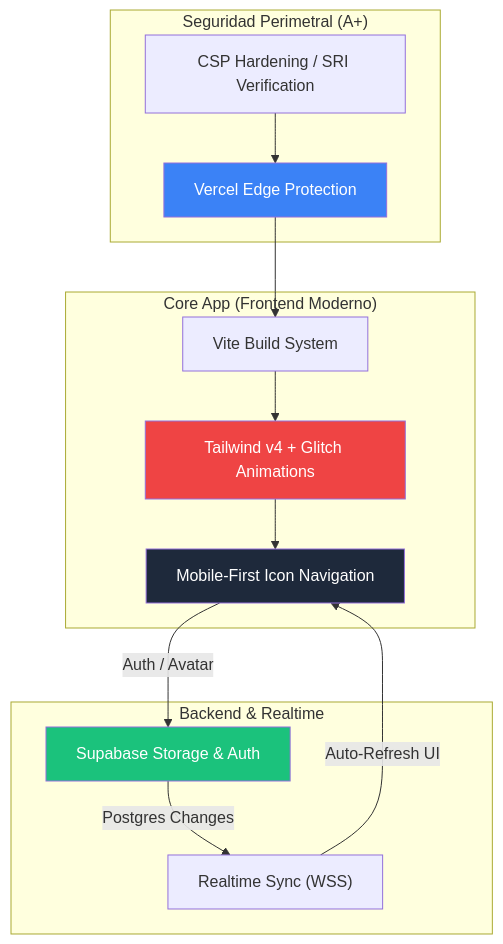
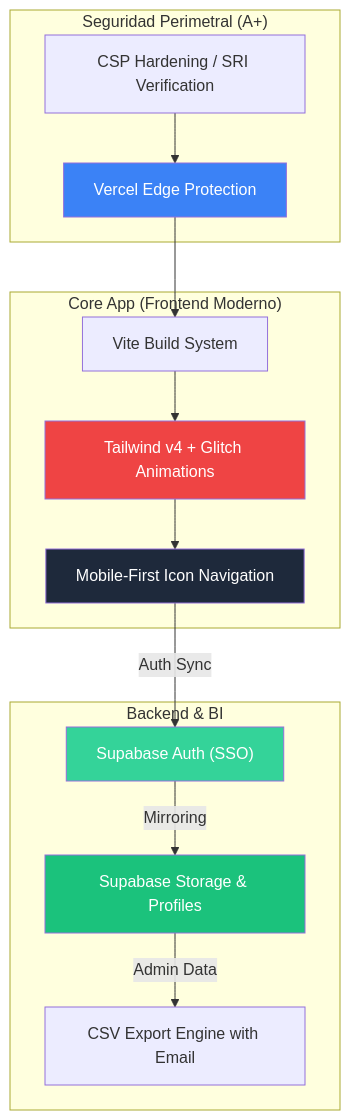
The diagram in reporte_tecnico.md (asterion30/prode-2026), drawn with Mermaid before and after one commit. The commit also changed other lines of this file and 1 other file, not shown here.

````diff
--- a/reporte_tecnico.md
+++ b/reporte_tecnico.md
@@ -43,30 +46,32 @@
 ```mermaid
 graph TD
     subgraph "Seguridad Perimetral (A+)"
         CSP["CSP Hardening / SRI Verification"]
         WAF["Vercel Edge Protection"]
     end
 
     subgraph "Core App (Frontend Moderno)"
         Vite["Vite Build System"]
         Design["Tailwind v4 + Glitch Animations"]
         Mobile["Mobile-First Icon Navigation"]
     end
 
-    subgraph "Backend & Realtime"
-        DB["Supabase Storage & Auth"]
-        WS["Realtime Sync (WSS)"]
+    subgraph "Backend & BI"
+        DB["Supabase Storage & Profiles"]
+        Auth["Supabase Auth (SSO)"]
+        CSV["CSV Export Engine with Email"]
     end
 
     CSP --> WAF --> Vite
     Vite --> Design
     Design --> Mobile
-    Mobile -- "Auth / Avatar" --> DB
-    DB -- "Postgres Changes" --> WS
-    WS -- "Auto-Refresh UI" --> Mobile
+    Mobile -- "Auth Sync" --> Auth
+    Auth -- "Mirroring" --> DB
+    DB -- "Admin Data" --> CSV
 
     style DB fill:#1BC27C,color:#fff
+    style Auth fill:#34d399,color:#fff
     style WAF fill:#3b82f6,color:#fff
     style Design fill:#ef4444,color:#fff
     style Mobile fill:#1e293b,color:#fff
 ```
````
